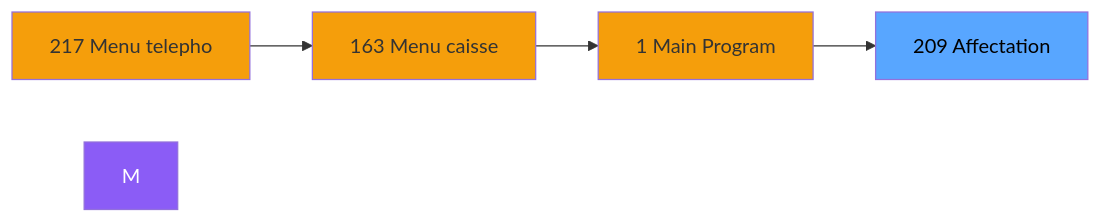
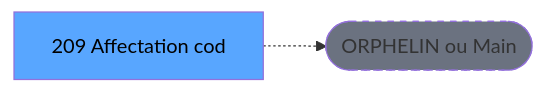
One commit to thonyAGP/lecteur-magic changed the second of 3 diagrams in .openspec/renders/ADH-IDE-209.md. Above: the diagram before and after it, drawn with Mermaid. The commit also changed other lines of this file and 701 other files, not shown here.

````diff
--- a/.openspec/renders/ADH-IDE-209.md
+++ b/.openspec/renders/ADH-IDE-209.md
@@ -142,15 +137,8 @@
 ```mermaid
 graph LR
-    N217[217 Menu telepho]
-    N163[163 Menu caisse ]
-    N1[1 Main Program]
-    T[209 Affectation ]
-    N217 --> N163
-    N163 --> N1
-    N1 --> T
-    style M fill:#8b5cf6,color:#fff
-    style N217 fill:#f59e0b
-    style N163 fill:#f59e0b
-    style N1 fill:#f59e0b
+    T[209 Affectation cod]
+    ORPHAN([ORPHELIN ou Main])
+    T -.-> ORPHAN
     style T fill:#58a6ff,color:#000
+    style ORPHAN fill:#6b7280,stroke-dasharray: 5 5
 ```
````
